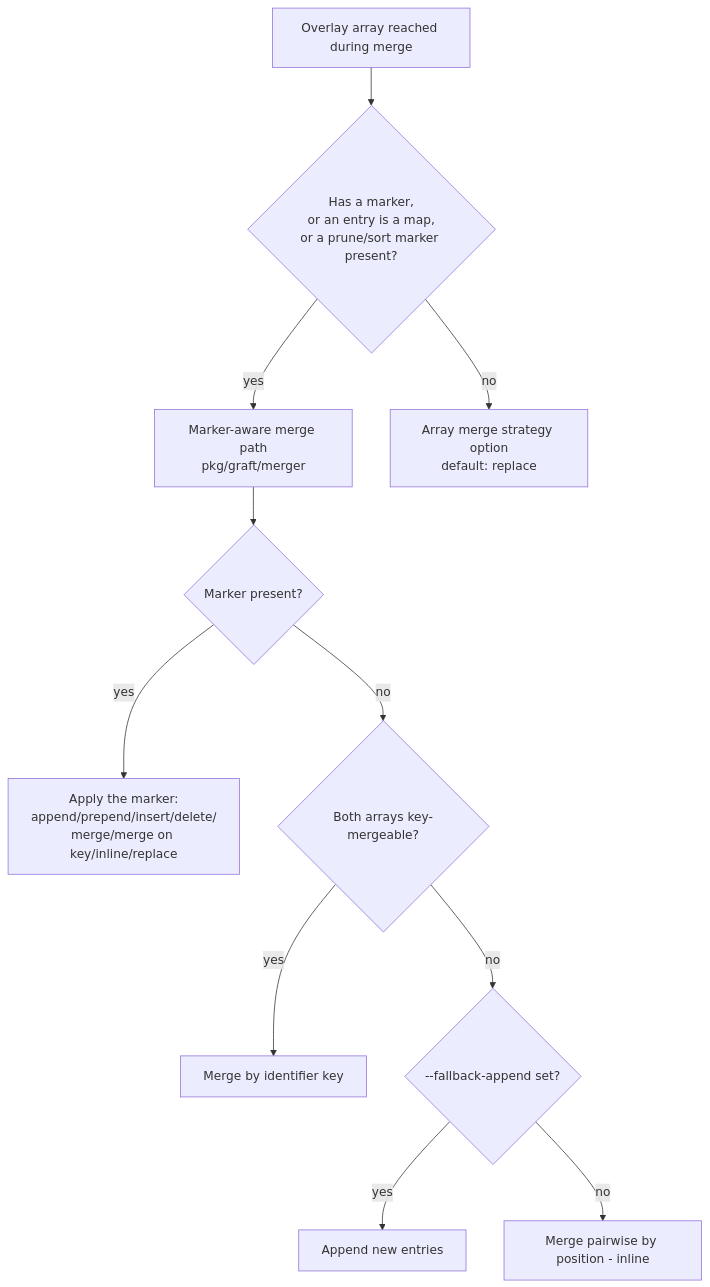
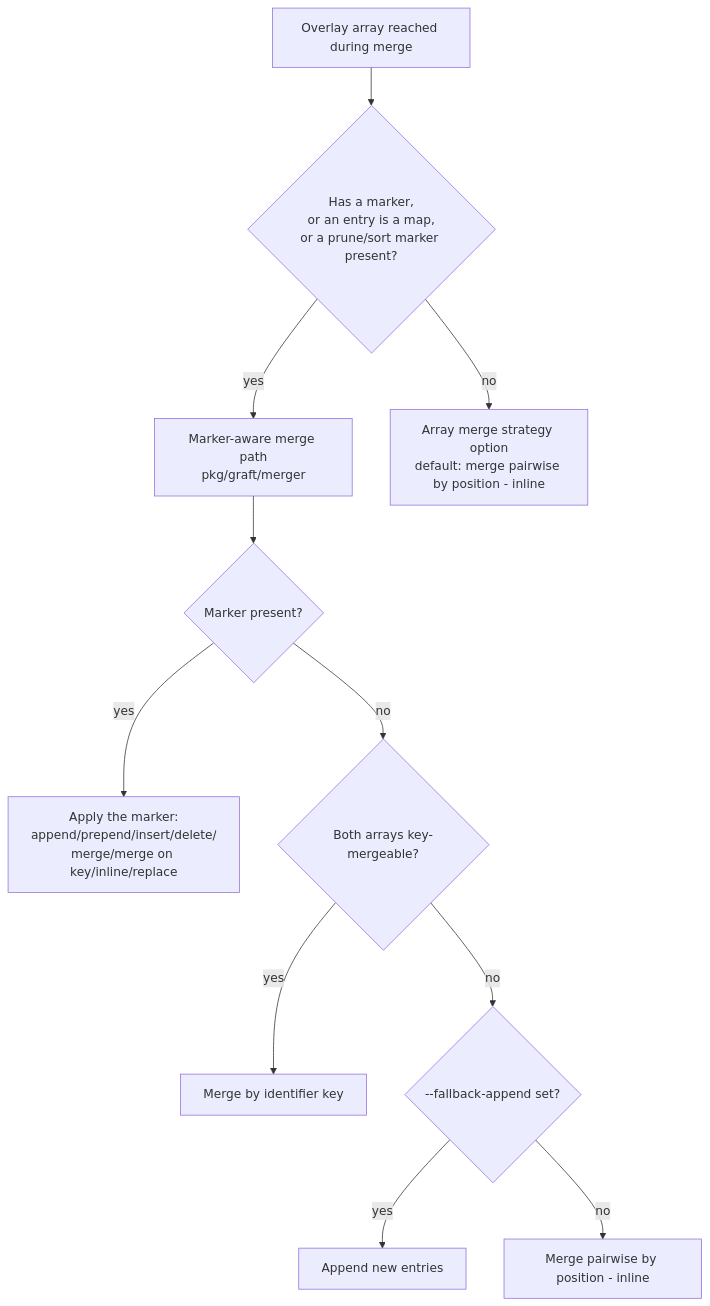
Before and after one commit to fivetwenty-io/graft: the first of 2 diagrams in docs/spruce/merge-semantics.md, drawn with Mermaid. The commit also changed other lines of this file and 4 other files, not shown here.

First line of the commit message:
Merge scalar arrays pairwise by default

````diff
--- a/docs/spruce/merge-semantics.md
+++ b/docs/spruce/merge-semantics.md
@@ -69,13 +64,13 @@
 ```mermaid
 flowchart TD
     A[Overlay array reached during merge] --> B{Has a marker,\nor an entry is a map,\nor a prune/sort marker present?}
     B -- yes --> C[Marker-aware merge path\npkg/graft/merger]
     C --> D{Marker present?}
     D -- yes --> E[Apply the marker:\nappend/prepend/insert/delete/\nmerge/merge on key/inline/replace]
     D -- no --> F{Both arrays key-mergeable?}
     F -- yes --> G[Merge by identifier key]
     F -- no --> H{--fallback-append set?}
     H -- yes --> I[Append new entries]
     H -- no --> J[Merge pairwise by position - inline]
-    B -- no --> K[Array merge strategy option\ndefault: replace]
+    B -- no --> K[Array merge strategy option\ndefault: merge pairwise by position - inline]
 ```
````
